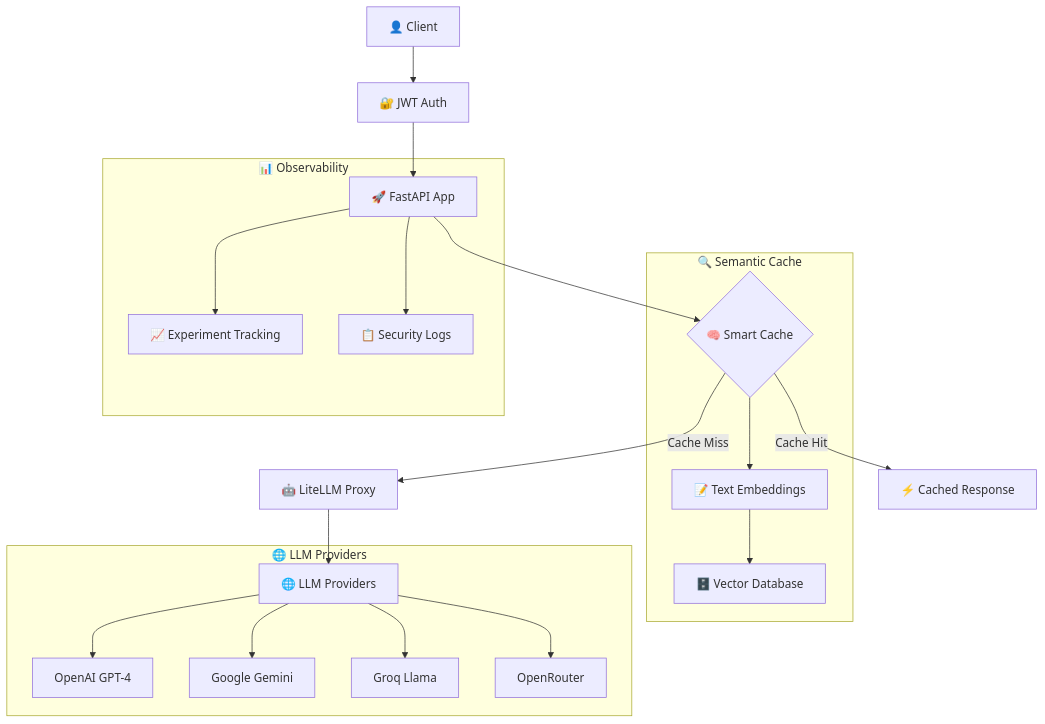
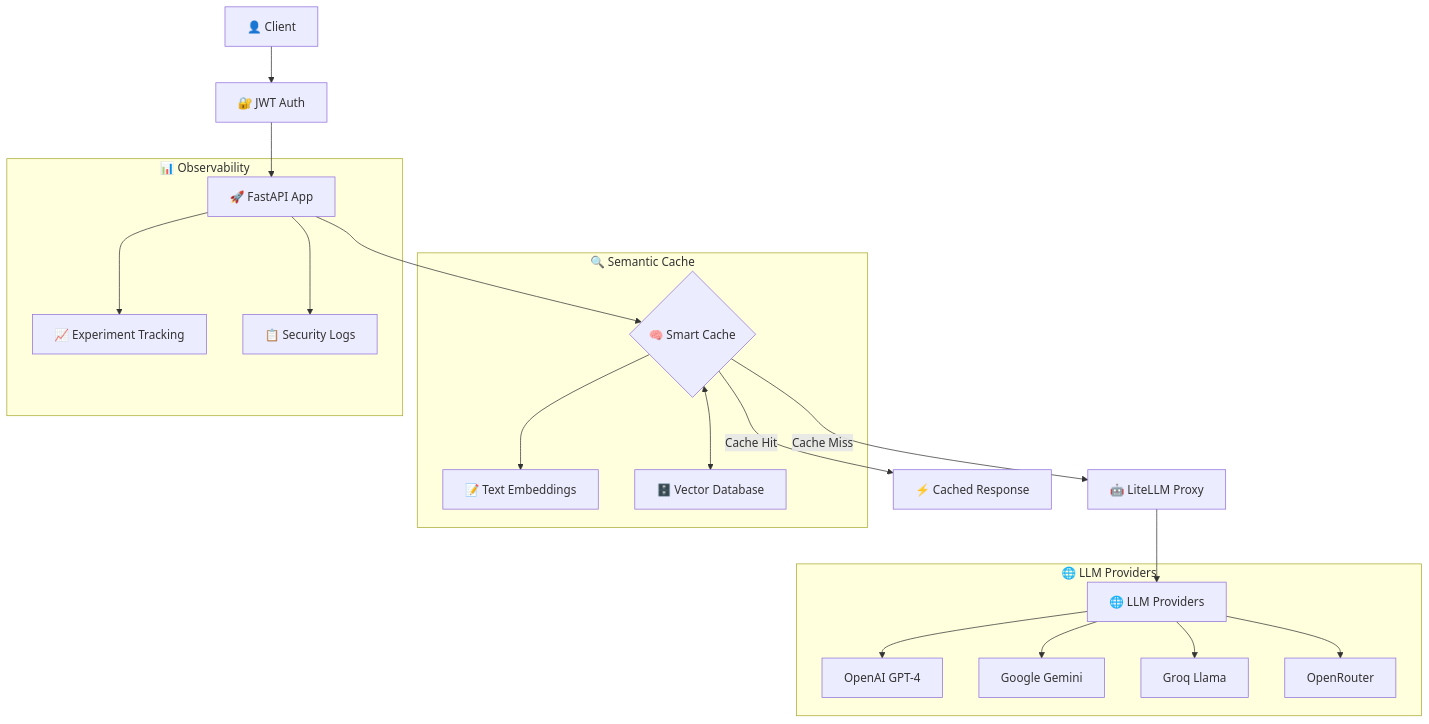
The diagram in README.md (llecorps/LLMOps-setup-course), drawn with Mermaid before and after one commit. The commit also changed 3 other files, not shown here.

Commit message:
refactor: migrate semantic cache from TEI to LiteLLM embeddings endpoint

````diff
--- a/README.md
+++ b/README.md
@@ -16,26 +16,26 @@
 ```mermaid
 graph TB
     Client[👤 Client] --> Auth[🔐 JWT Auth]
     Auth --> API[🚀 FastAPI App]
     API --> Cache{🧠 Smart Cache}
     Cache -->|Cache Miss| LiteLLM[🤖 LiteLLM Proxy]
     Cache -->|Cache Hit| Return[⚡ Cached Response]
     LiteLLM --> Providers[🌐 LLM Providers]
     
     subgraph "🔍 Semantic Cache"
         Cache --> TEI[📝 Text Embeddings]
-        TEI --> Qdrant[🗄️ Vector Database]
+        Cache <--> Qdrant[🗄️ Vector Database]
     end
     
     subgraph "📊 Observability"
         API --> MLflow[📈 Experiment Tracking]
         API --> Logs[📋 Security Logs]
     end
     
     subgraph "🌐 LLM Providers"
         Providers --> OpenAI[OpenAI GPT-4]
         Providers --> Gemini[Google Gemini]
         Providers --> Groq[Groq Llama]
         Providers --> OpenRouter[OpenRouter]
     end
 ```
````
